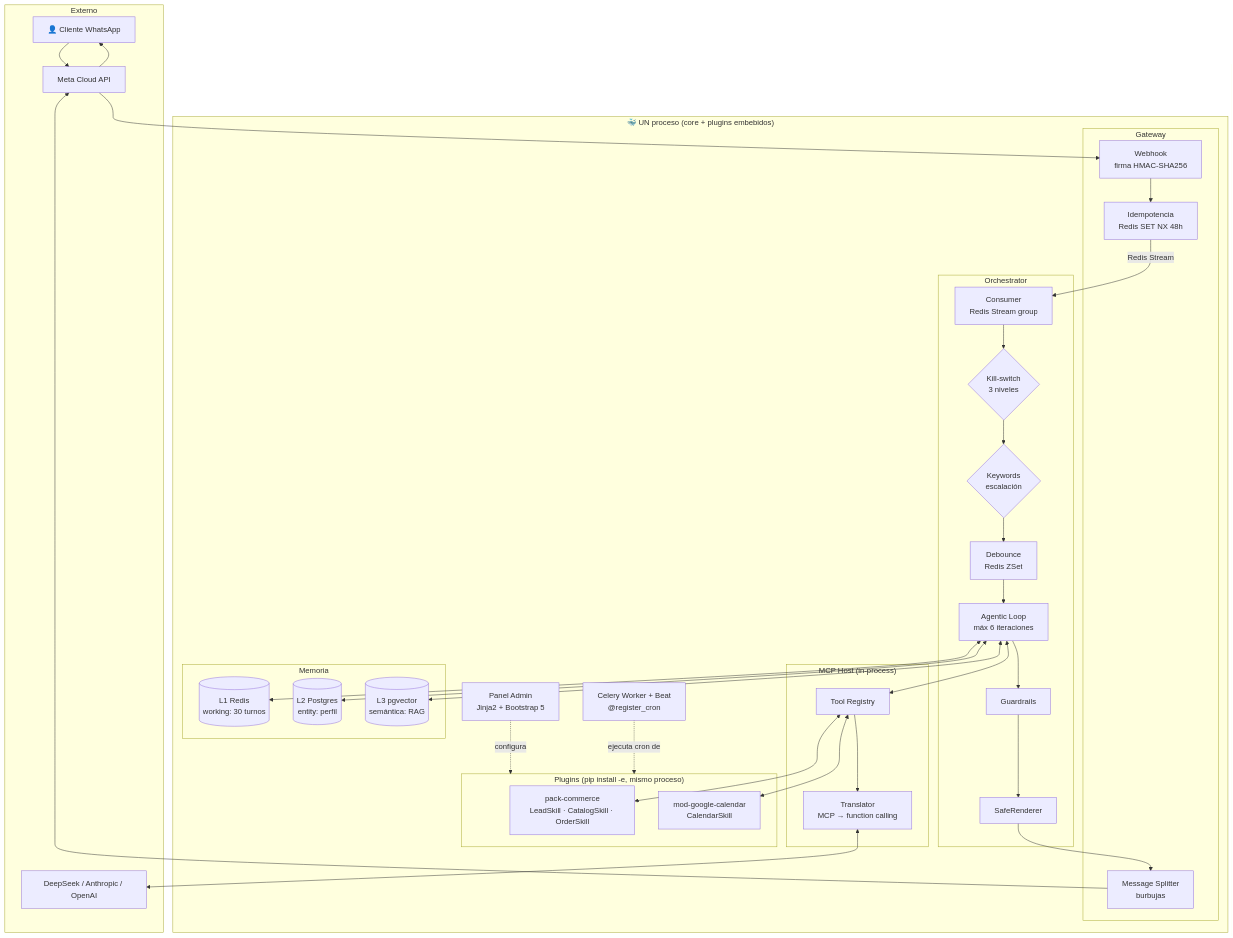
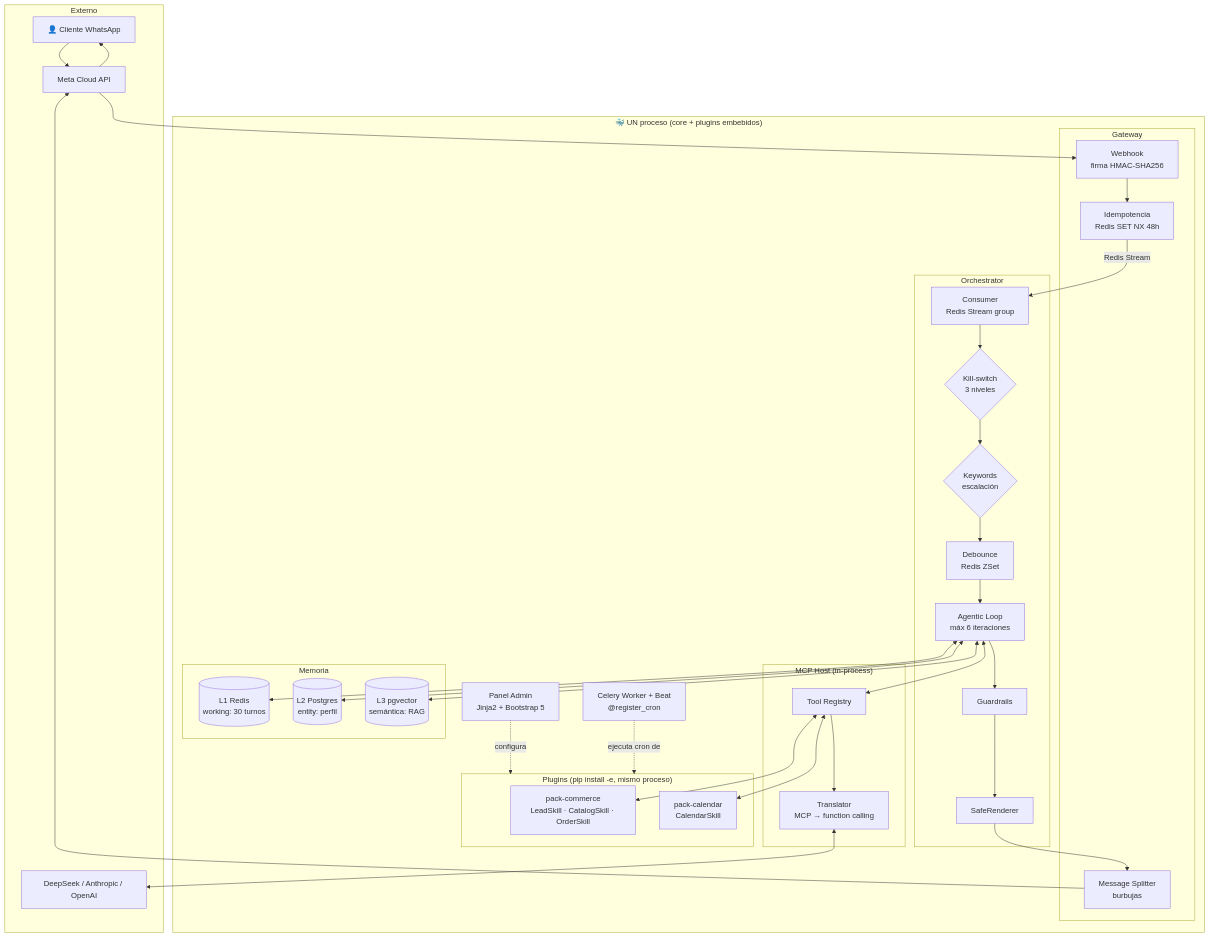
The diagram in docs/ARCHITECTURE.md (devrochy/agent-core), drawn with Mermaid before and after one commit. The commit also changed 25 other files, not shown here.

First line of the commit message:
docs+refactor(c4): diagrama C4 al día de hoy, migración de pack-calendar y backlog

````diff
--- a/docs/ARCHITECTURE.md
+++ b/docs/ARCHITECTURE.md
@@ -27,50 +27,50 @@
 ```mermaid
 flowchart TB
     subgraph Externo
         U[👤 Cliente WhatsApp]
         META[Meta Cloud API]
         LLM[DeepSeek / Anthropic / OpenAI]
     end
 
     subgraph Monolito["🐳 UN proceso (core + plugins embebidos)"]
         subgraph Gateway
             WH[Webhook<br/>firma HMAC-SHA256]
             IDEM[Idempotencia<br/>Redis SET NX 48h]
             SPLIT[Message Splitter<br/>burbujas]
         end
         subgraph Orchestrator
             CONS[Consumer<br/>Redis Stream group]
             KS{Kill-switch<br/>3 niveles}
             KW{Keywords<br/>escalación}
             DEB[Debounce<br/>Redis ZSet]
             LOOP[Agentic Loop<br/>máx 6 iteraciones]
             GUARD[Guardrails]
             SAFE[SafeRenderer]
         end
         subgraph MCP["MCP Host (in-process)"]
             REG[Tool Registry]
             TRANS[Translator<br/>MCP → function calling]
         end
         subgraph Plugins["Plugins (pip install -e, mismo proceso)"]
             CRM[pack-commerce<br/>LeadSkill · CatalogSkill · OrderSkill]
-            CAL[mod-google-calendar<br/>CalendarSkill]
+            CAL[pack-calendar<br/>CalendarSkill]
         end
         subgraph Memoria
             L1[(L1 Redis<br/>working: 30 turnos)]
             L2[(L2 Postgres<br/>entity: perfil)]
             L3[(L3 pgvector<br/>semántica: RAG)]
         end
         ADMIN[Panel Admin<br/>Jinja2 + Bootstrap 5]
         CELERY[Celery Worker + Beat<br/>@register_cron]
     end
 
     U --> META --> WH --> IDEM -->|Redis Stream| CONS
     CONS --> KS --> KW --> DEB --> LOOP
     LOOP <--> L1 & L2 & L3
     LOOP <--> REG
     REG <--> CRM & CAL
     REG --> TRANS <--> LLM
     LOOP --> GUARD --> SAFE --> SPLIT --> META --> U
     ADMIN -.configura.-> Plugins
     CELERY -.ejecuta cron de.-> Plugins
 ```
````
